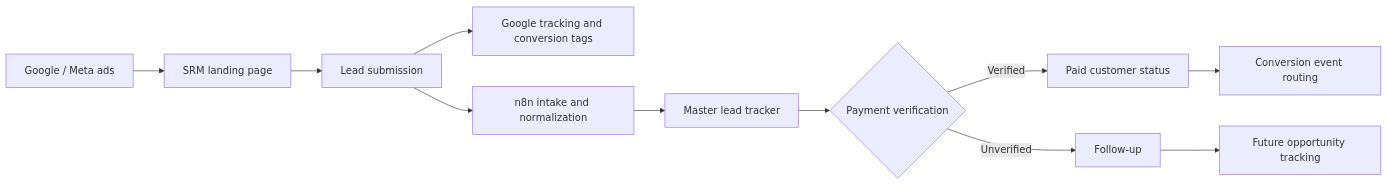
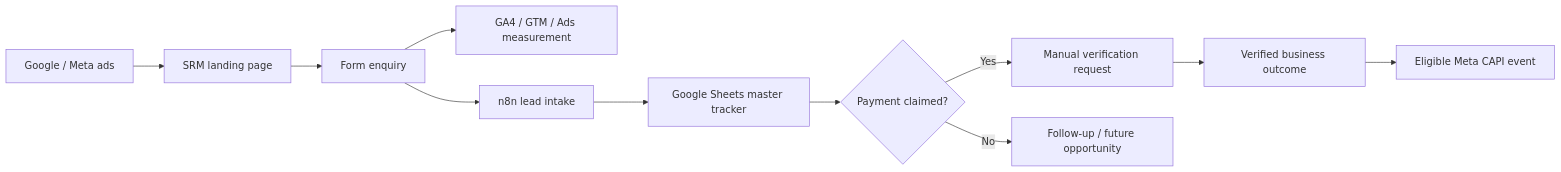
One commit to graceomolola001-cmyk/h2h-lead-intake-and-tracking changed the diagram in README.md. Above: the diagram before and after it, drawn with Mermaid. The commit also changed other lines of this file, not shown here.

````diff
--- a/README.md
+++ b/README.md
@@ -23,13 +31,13 @@
 ```mermaid
 flowchart LR
- A[Google / Meta ads] --> B[SRM landing page]
- B --> C[Lead submission]
- C --> D[Google tracking and conversion tags]
- C --> E[n8n intake and normalization]
- E --> F[Master lead tracker]
- F --> G{Payment verification}
- G -->|Verified| H[Paid customer status]
- G -->|Unverified| I[Follow-up]
- I --> J[Future opportunity tracking]
- H --> K[Conversion event routing]
+    A[Google / Meta ads] --> B[SRM landing page]
+    B --> C[Form enquiry]
+    C --> D[GA4 / GTM / Ads measurement]
+    C --> E[n8n lead intake]
+    E --> F[Google Sheets master tracker]
+    F --> G{Payment claimed?}
+    G -->|Yes| H[Manual verification request]
+    G -->|No| I[Follow-up / future opportunity]
+    H --> J[Verified business outcome]
+    J --> K[Eligible Meta CAPI event]
 ```
````
